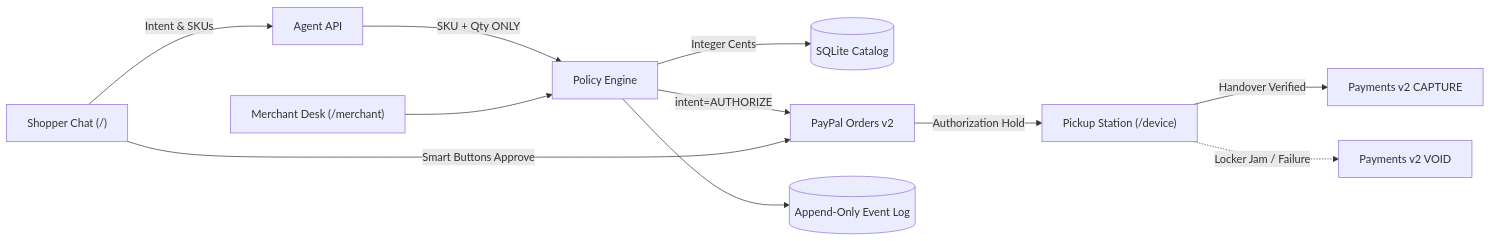
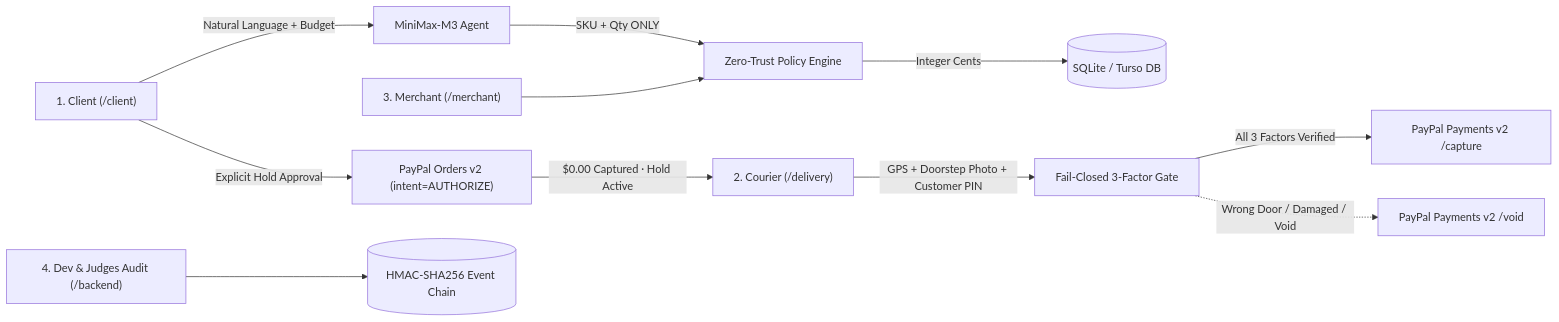
One commit to altaga/Proofed changed the diagram in README.md. Above: the diagram before and after it, drawn with Mermaid. The commit also changed other lines of this file and 9 other files, not shown here.

Commit message:
fix(security): enforce fail-closed handover gates, redact courier PIN, and block unverified capture

````diff
--- a/README.md
+++ b/README.md
@@ -19,15 +19,15 @@
 ```mermaid
 flowchart LR
-    Shopper["Shopper Chat (/)"] -->|Intent & SKUs| Agent["Agent API"]
-    Agent -->|SKU + Qty ONLY| Policy["Policy Engine"]
-    Policy -->|Integer Cents| Catalog[(SQLite Catalog)]
-    Policy -->|intent=AUTHORIZE| PayPal["PayPal Orders v2"]
-    Shopper -->|Smart Buttons Approve| PayPal
+    Shopper["1. Client (/client)"] -->|Natural Language + Budget| Agent["MiniMax-M3 Agent"]
+    Agent -->|SKU + Qty ONLY| Policy["Zero-Trust Policy Engine"]
+    Policy -->|Integer Cents| Catalog[(SQLite / Turso DB)]
+    Shopper -->|Explicit Hold Approval| PayPal["PayPal Orders v2 (intent=AUTHORIZE)"]
     
-    PayPal -->|Authorization Hold| Kiosk["Pickup Station (/device)"]
-    Kiosk -->|Handover Verified| Capture["Payments v2 CAPTURE"]
-    Kiosk -.->|Locker Jam / Failure| Void["Payments v2 VOID"]
+    PayPal -->|$0.00 Captured · Hold Active| Courier["2. Courier (/delivery)"]
+    Courier -->|GPS + Doorstep Photo + Customer PIN| Gate["Fail-Closed 3-Factor Gate"]
+    Gate -->|All 3 Factors Verified| Capture["PayPal Payments v2 /capture"]
+    Gate -.->|Wrong Door / Damaged / Void| Void["PayPal Payments v2 /void"]
     
-    Merchant["Merchant Desk (/merchant)"] --> Policy
-    Policy --> Events[(Append-Only Event Log)]
+    Merchant["3. Merchant (/merchant)"] --> Policy
+    Backend["4. Dev & Judges Audit (/backend)"] --> Events[(HMAC-SHA256 Event Chain)]
 ```
````
